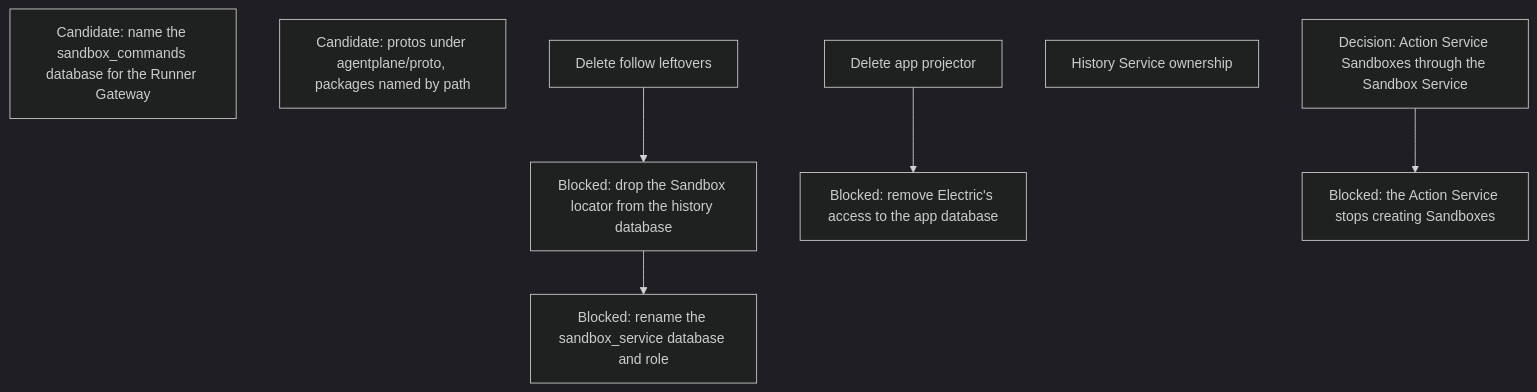
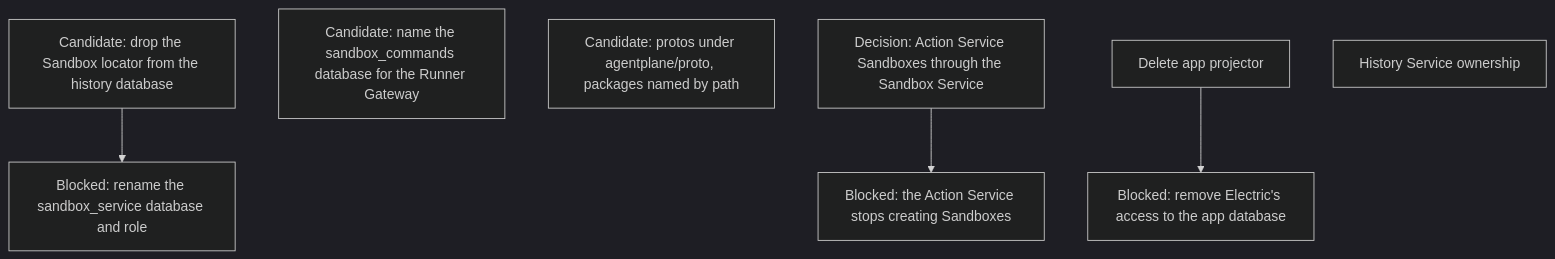
One commit to agentydragon/ducktape changed the tenth of 13 diagrams in agentplane/plans/task_dag.md. Above: the diagram before and after it, drawn with Mermaid (dark theme). The commit also changed other lines of this file and 16 other files, not shown here.

First line of the commit message:
agentplane: finish FOLLOW_PATH_RETIRE (#10001)

````diff
--- a/agentplane/plans/task_dag.md
+++ b/agentplane/plans/task_dag.md
@@ -717,16 +719,15 @@
 ```mermaid
 flowchart TD
-    HISTORY_SANDBOX_LOCATOR_DROP[Blocked: drop the Sandbox locator from the history database]
+    HISTORY_SANDBOX_LOCATOR_DROP[Candidate: drop the Sandbox locator from the history database]
     HISTORY_DATABASE_RENAME[Blocked: rename the sandbox_service database and role]
     SANDBOX_DATABASE_RENAME[Candidate: name the sandbox_commands database for the Runner Gateway]
     APP_ELECTRIC_RETIRE[Blocked: remove Electric's access to the app database]
     PROTO_DIRECTORY[Candidate: protos under agentplane/proto, packages named by path]
     ACTION_SANDBOX_DESIGN[Decision: Action Service Sandboxes through the Sandbox Service]
     ACTION_SANDBOX_PROVISIONING[Blocked: the Action Service stops creating Sandboxes]
     ACTION_SANDBOX_DESIGN --> ACTION_SANDBOX_PROVISIONING
     APP_PROJECTOR_RETIRE[Delete app projector]
     HISTORY_SERVICE_OWNERSHIP[History Service ownership]
-    FOLLOW_PATH_RETIRE[Delete follow leftovers] --> HISTORY_SANDBOX_LOCATOR_DROP
     HISTORY_SANDBOX_LOCATOR_DROP --> HISTORY_DATABASE_RENAME
     APP_PROJECTOR_RETIRE --> APP_ELECTRIC_RETIRE
 ```
````
